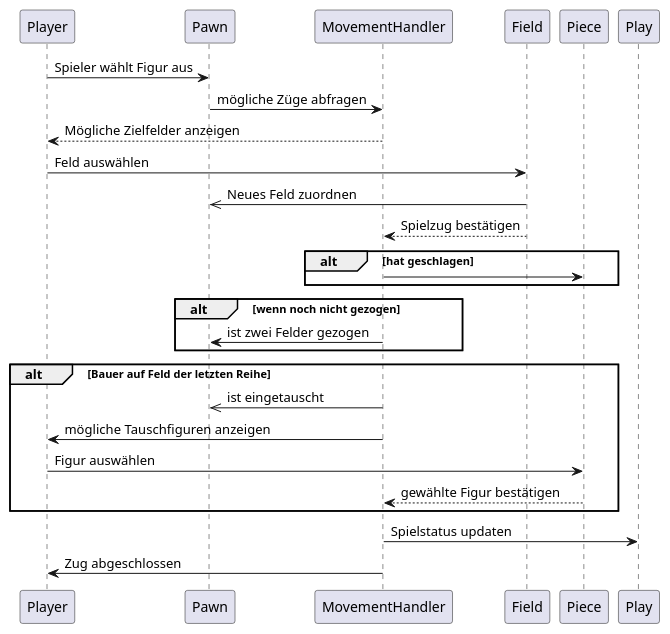
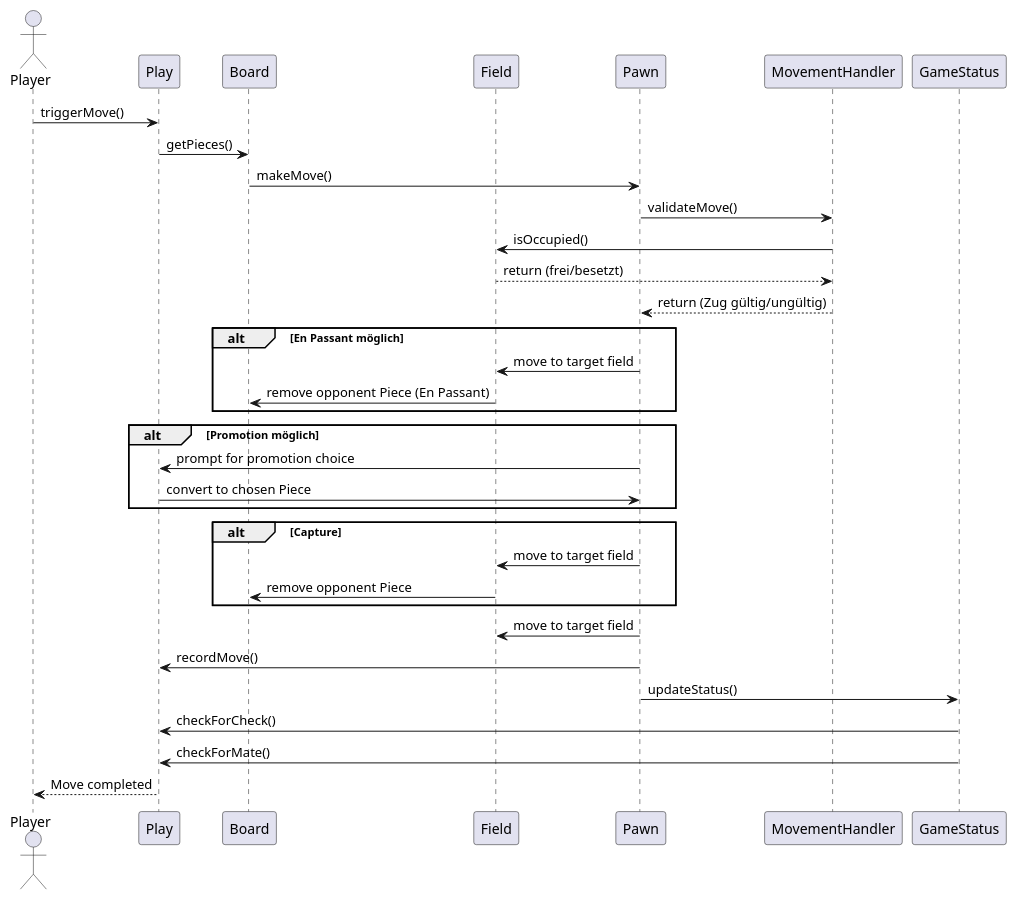
Before and after one commit to ruhlando/uni-project-chess: the diagram in sequenzDiagram.iuml, drawn with PlantUML.

```diff
--- a/sequenzDiagram.iuml
+++ b/sequenzDiagram.iuml
@@ -1,28 +1,51 @@
 @startuml
 
-Player -> Pawn : Spieler wählt Figur aus
-Pawn -> MovementHandler : mögliche Züge abfragen
-MovementHandler --> Player : Mögliche Zielfelder anzeigen
-Player -> Field : Feld auswählen
-Field ->> Pawn : Neues Feld zuordnen
-Field --> MovementHandler : Spielzug bestätigen
+' Teilnehmer
+actor Player
+participant Play
+participant Board
+participant Field
+participant Pawn as Piece
+participant MovementHandler
+participant GameStatus
 
-'Mögliche Auswirkungen prüfen
+' Start des Zuges
+Player -> Play : triggerMove()
+Play -> Board : getPieces()
+Board -> Piece : makeMove()
 
-alt hat geschlagen
-MovementHandler -> Piece
+' Validierung des Bauernzugs
+Piece -> MovementHandler : validateMove()
+MovementHandler -> Field : isOccupied()
+Field --> MovementHandler : return (frei/besetzt)
+MovementHandler --> Piece : return (Zug gültig/ungültig)
+
+' Bedingung: En Passant, Promotion oder Schlagen
+alt En Passant möglich
+    Piece -> Field : move to target field
+    Field -> Board : remove opponent Piece (En Passant)
 end
 
-alt wenn noch nicht gezogen
-MovementHandler -> Pawn : ist zwei Felder gezogen
+alt Promotion möglich
+    Piece -> Play : prompt for promotion choice
+    Play -> Piece : convert to chosen Piece
 end
 
-alt Bauer auf Feld der letzten Reihe
-MovementHandler ->> Pawn : ist eingetauscht
-MovementHandler -> Player : mögliche Tauschfiguren anzeigen
-Player -> Piece : Figur auswählen
-Piece --> MovementHandler : gewählte Figur bestätigen 
+alt Capture
+    Piece -> Field : move to target field
+    Field -> Board : remove opponent Piece
 end
-MovementHandler -> Play : Spielstatus updaten
-MovementHandler -> Player : Zug abgeschlossen
+
+' Normaler Zug oder nach Sonderzug ausgeführt
+Piece -> Field : move to target field
+Piece -> Play : recordMove()
+
+' Spielstatus aktualisieren
+Piece -> GameStatus : updateStatus()
+GameStatus -> Play : checkForCheck()
+GameStatus -> Play : checkForMate()
+
+' Rückmeldung an den Spieler
+Play --> Player : Move completed
+
 @enduml
```
